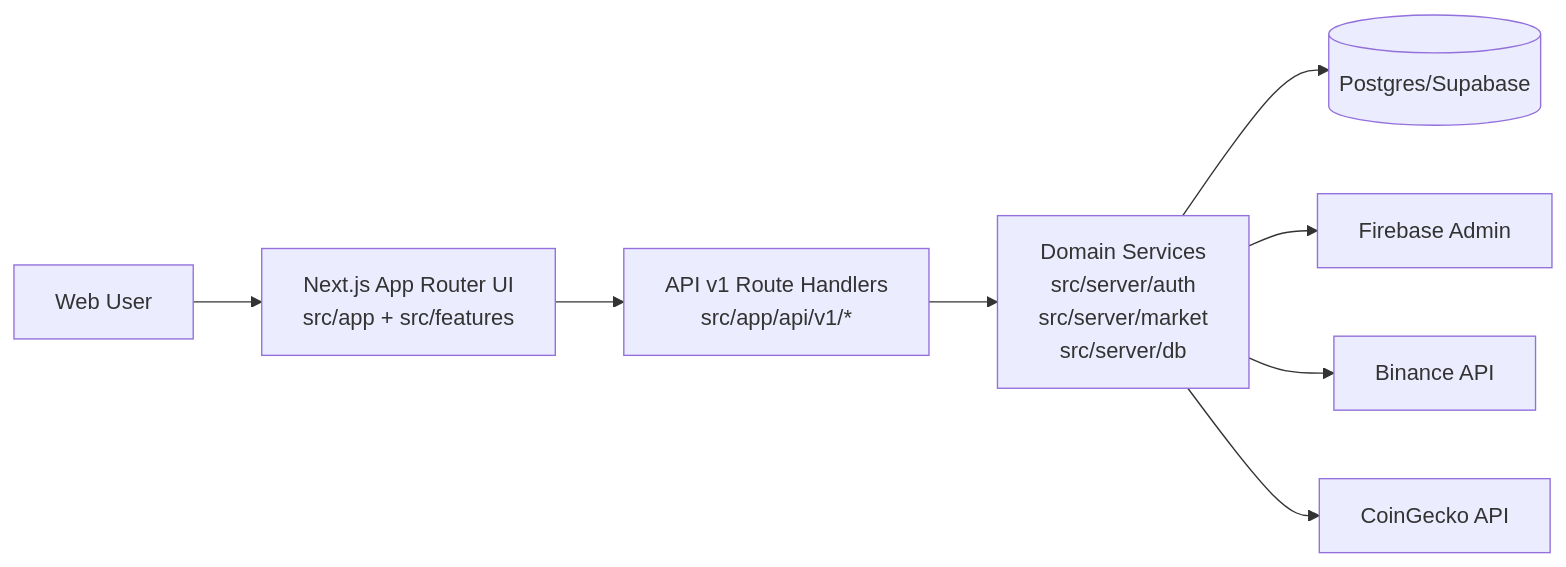
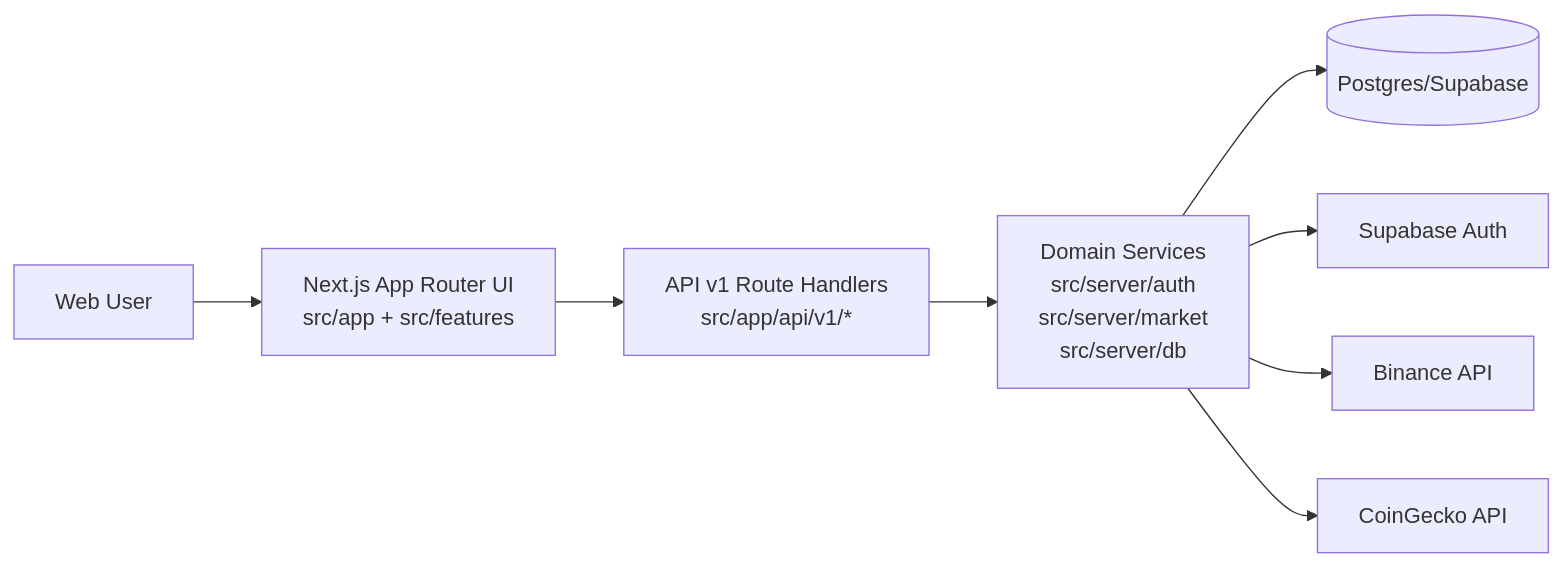
One commit to khoaskrt/RYEX changed the diagram in docs/00-system-map.md. Above: the diagram before and after it, drawn with Mermaid. The commit also changed other lines of this file and 109 other files, not shown here.

````diff
--- a/docs/00-system-map.md
+++ b/docs/00-system-map.md
@@ -37,10 +37,10 @@
 ```mermaid
 flowchart LR
   U[Web User] --> UI[Next.js App Router UI<br/>src/app + src/features]
   UI --> API[API v1 Route Handlers<br/>src/app/api/v1/*]
   API --> SVC[Domain Services<br/>src/server/auth<br/>src/server/market<br/>src/server/db]
   SVC --> DB[(Postgres/Supabase)]
-  SVC --> FB[Firebase Admin]
+  SVC --> FB[Supabase Auth]
   SVC --> BZ[Binance API]
   SVC --> CG[CoinGecko API]
 ```
````
